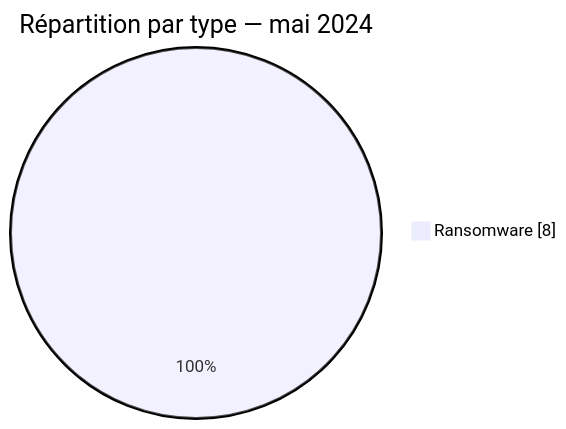
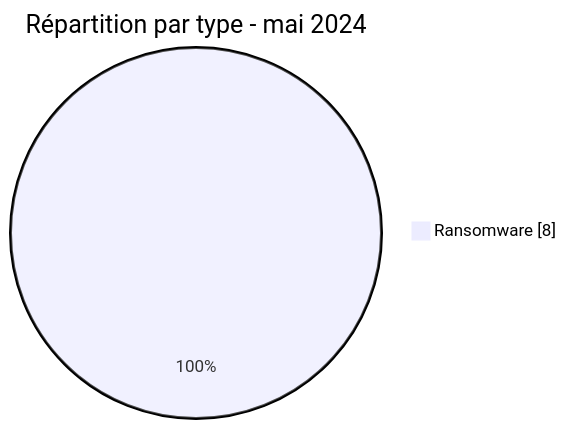
One commit to Hatchepsoute/AFRINTEL changed the second of 2 diagrams in CyberAttackAfrica/2024/05-may/README_FR.md. Above: the diagram before and after it, drawn with Mermaid. The commit also changed other lines of this file and 182 other files, not shown here.

````diff
--- a/CyberAttackAfrica/2024/05-may/README_FR.md
+++ b/CyberAttackAfrica/2024/05-may/README_FR.md
@@ -52,5 +52,5 @@
 ```mermaid
 pie showData
-    title Répartition par type — mai 2024
+    title Répartition par type - mai 2024
     "Ransomware" : 8
 ```
````
